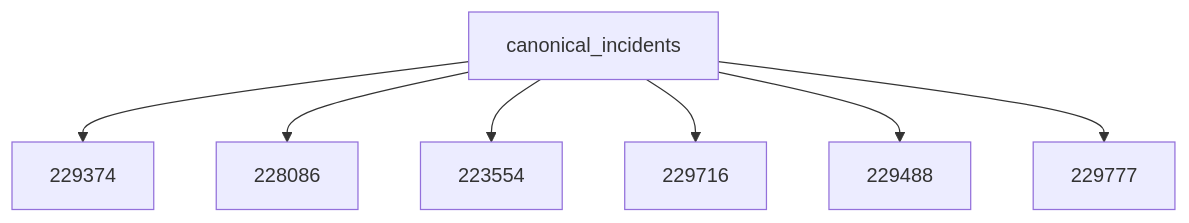
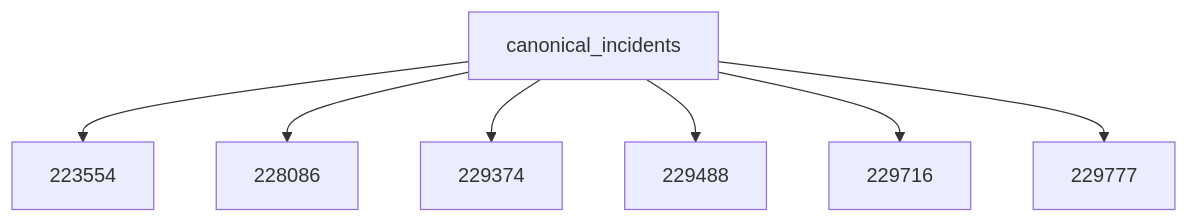
The diagram in data/incidents/graph.md (caiyawulf21/optisweepAI-phase0), drawn with Mermaid before and after one commit. The commit also changed other lines of this file and 896 other files, not shown here.

````diff
--- a/data/incidents/graph.md
+++ b/data/incidents/graph.md
@@ -3,10 +3,10 @@
 ```mermaid
 flowchart TD
   dataset[canonical_incidents]
+  dataset --> 223554[223554]
+  dataset --> 228086[228086]
   dataset --> 229374[229374]
-  dataset --> 228086[228086]
-  dataset --> 223554[223554]
+  dataset --> 229488[229488]
   dataset --> 229716[229716]
-  dataset --> 229488[229488]
   dataset --> 229777[229777]
 ```
````
